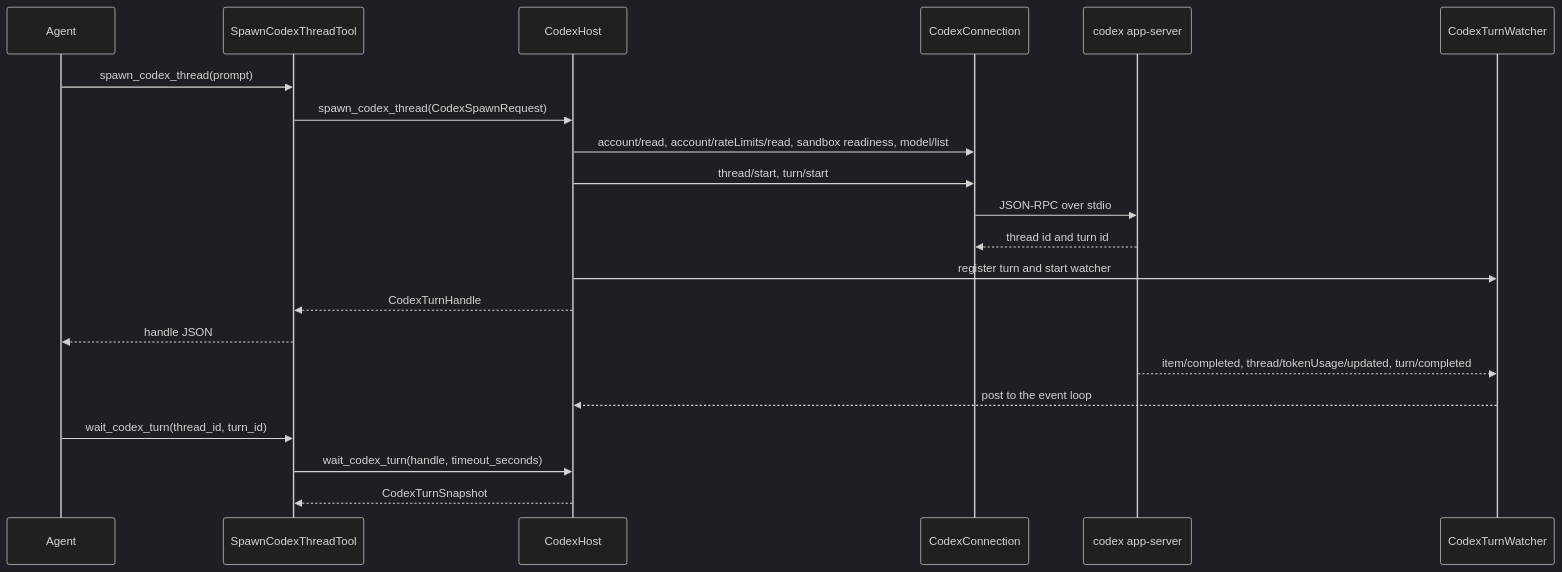
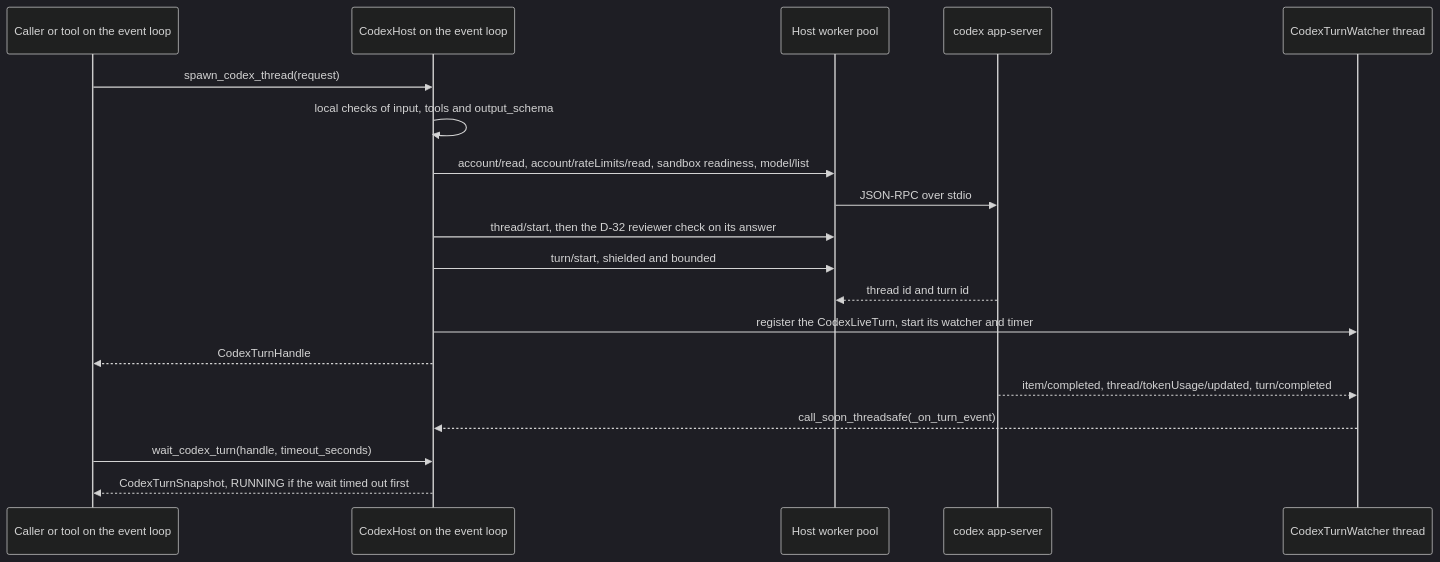
One commit to cerredz/Vidbyte-SDK changed the third of 3 diagrams in docs/spec/codex-host/spec.md. Above: the diagram before and after it, drawn with Mermaid (dark theme). The commit also changed other lines of this file and 2 other files, not shown here.

First line of the commit message:
docs(spec): finalize codex-host for PR

````diff
--- a/docs/spec/codex-host/spec.md
+++ b/docs/spec/codex-host/spec.md
@@ -168,23 +188,21 @@
 ```mermaid
 sequenceDiagram
-  participant Agent
-  participant Tool as SpawnCodexThreadTool
-  participant Host as CodexHost
-  participant Conn as CodexConnection
-  participant App as codex app-server
-  participant W as CodexTurnWatcher
-  Agent->>Tool: spawn_codex_thread(prompt)
-  Tool->>Host: spawn_codex_thread(CodexSpawnRequest)
-  Host->>Conn: account/read, account/rateLimits/read, sandbox readiness, model/list
-  Host->>Conn: thread/start, turn/start
-  Conn->>App: JSON-RPC over stdio
-  App-->>Conn: thread id and turn id
-  Host->>W: register turn and start watcher
-  Host-->>Tool: CodexTurnHandle
-  Tool-->>Agent: handle JSON
-  App-->>W: item/completed, thread/tokenUsage/updated, turn/completed
-  W-->>Host: post to the event loop
-  Agent->>Tool: wait_codex_turn(thread_id, turn_id)
-  Tool->>Host: wait_codex_turn(handle, timeout_seconds)
-  Host-->>Tool: CodexTurnSnapshot
+  participant C as Caller or tool on the event loop
+  participant H as CodexHost on the event loop
+  participant P as Host worker pool
+  participant A as codex app-server
+  participant W as CodexTurnWatcher thread
+  C->>H: spawn_codex_thread(request)
+  H->>H: local checks of input, tools and output_schema
+  H->>P: account/read, account/rateLimits/read, sandbox readiness, model/list
+  P->>A: JSON-RPC over stdio
+  H->>P: thread/start, then the D-32 reviewer check on its answer
+  H->>P: turn/start, shielded and bounded
+  A-->>P: thread id and turn id
+  H->>W: register the CodexLiveTurn, start its watcher and timer
+  H-->>C: CodexTurnHandle
+  A-->>W: item/completed, thread/tokenUsage/updated, turn/completed
+  W-->>H: call_soon_threadsafe(_on_turn_event)
+  C->>H: wait_codex_turn(handle, timeout_seconds)
+  H-->>C: CodexTurnSnapshot, RUNNING if the wait timed out first
 ```
````
